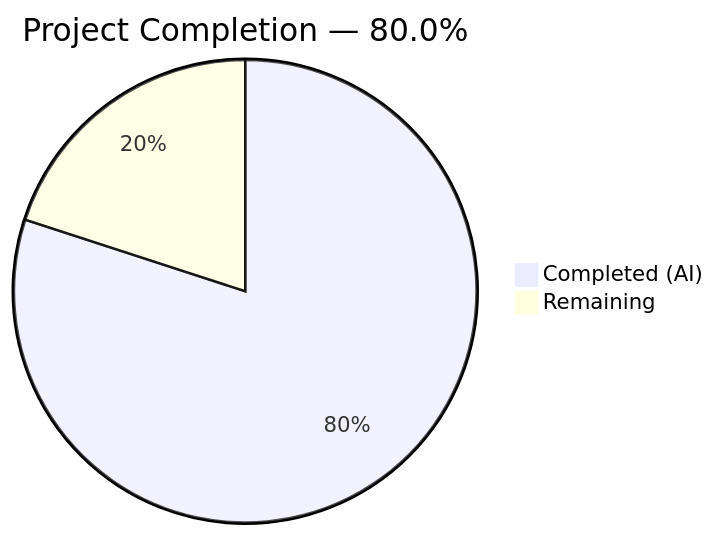
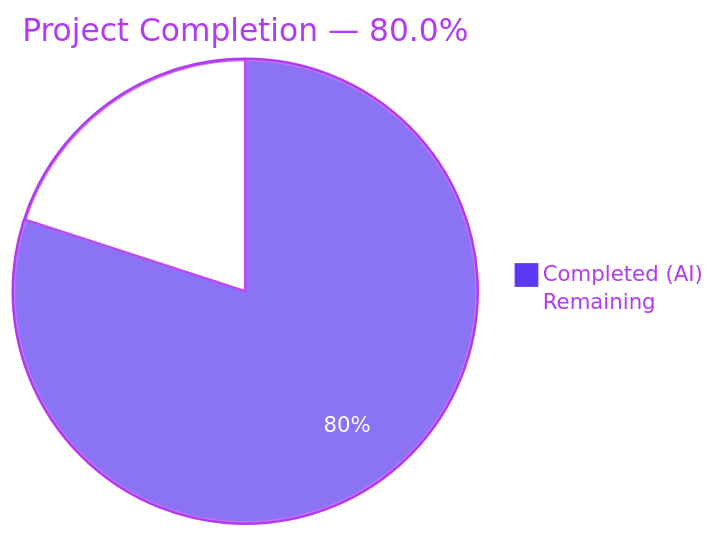
The first of 4 diagrams in blitzy/documentation/Project Guide.md (TestadoBlitzy/Existing-product), drawn with Mermaid before and after one commit. The commit also changed other lines of this file, not shown here.

Commit message:
Adding Blitzy Project Guide: Project Status and Human Tasks Remaining

````diff
--- a/blitzy/documentation/Project Guide.md
+++ b/blitzy/documentation/Project Guide.md
@@ -13,5 +13,6 @@
 ```mermaid
+%%{init: {'theme':'base','themeVariables':{'pie1':'#5B39F3','pie2':'#FFFFFF','pieStrokeColor':'#B23AF2','pieOuterStrokeColor':'#B23AF2','pieTitleTextColor':'#B23AF2','pieSectionTextColor':'#FFFFFF','pieLegendTextColor':'#B23AF2'}}}%%
 pie title Project Completion — 80.0%
-    "Completed (AI)" : 8
-    "Remaining" : 2
+    "Completed (AI)" : 3
+    "Remaining" : 0.75
 ```
````
